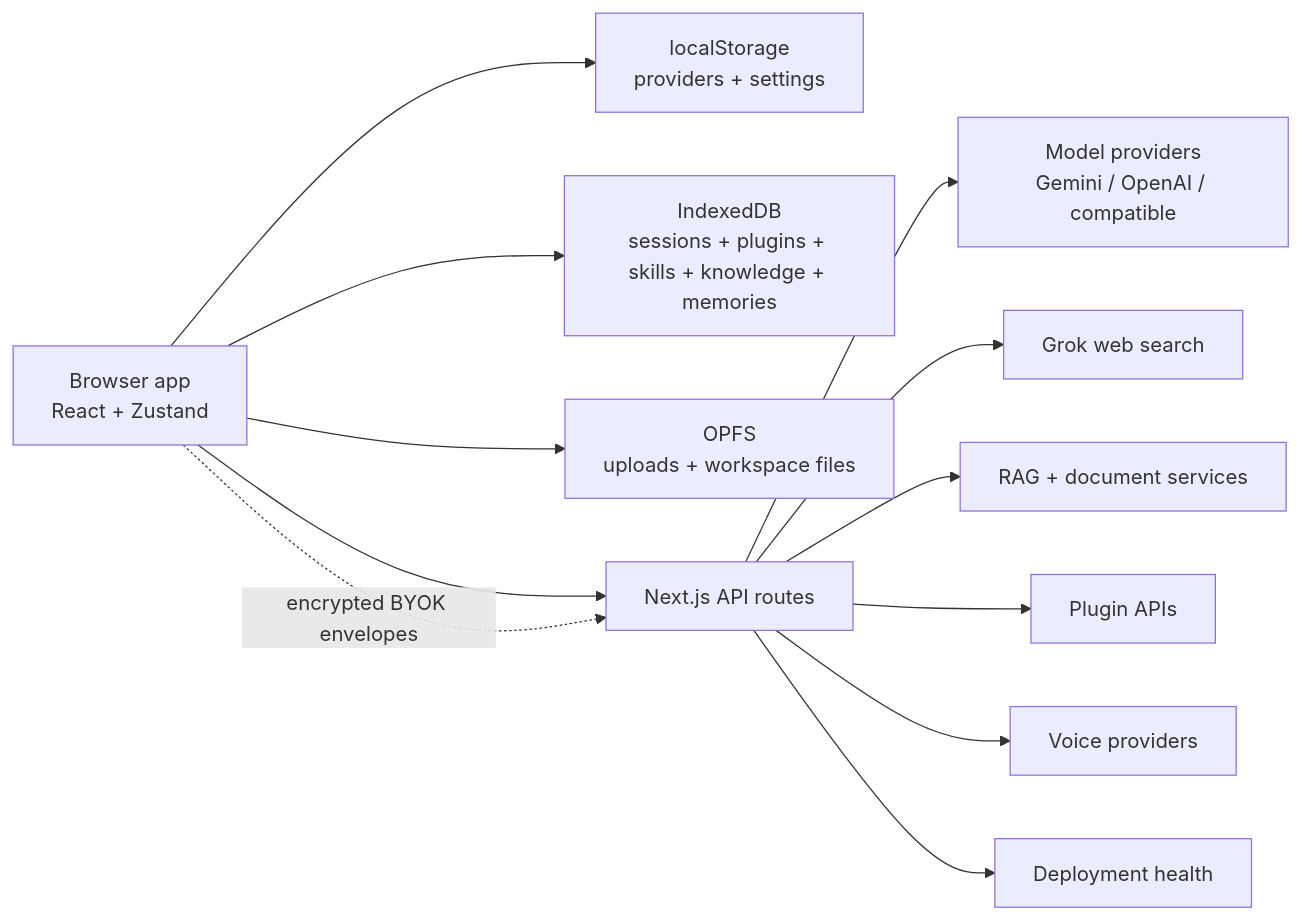
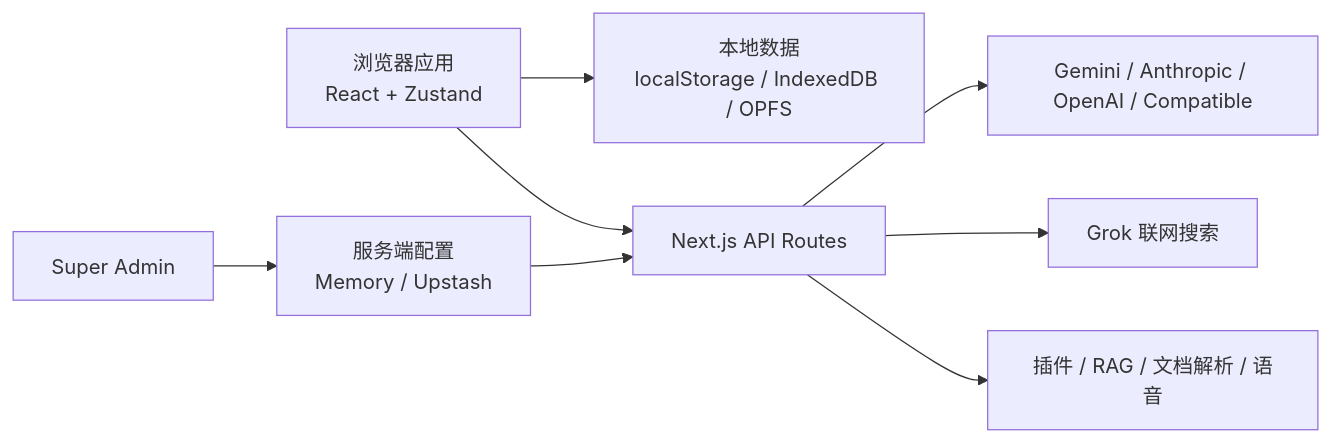
One commit to woqunid/neo-chat changed the diagram in README.md. Above: the diagram before and after it, drawn with Mermaid. The commit also changed other lines of this file, not shown here.

````diff
--- a/README.md
+++ b/README.md
@@ -322,14 +266,10 @@
 ```mermaid
 flowchart LR
-  Browser["Browser app\nReact + Zustand"] --> LocalStorage["localStorage\nproviders + settings"]
-  Browser --> IndexedDB["IndexedDB\nsessions + plugins + skills + knowledge + memories"]
-  Browser --> OPFS["OPFS\nuploads + workspace files"]
-  Browser --> ApiRoutes["Next.js API routes"]
-  ApiRoutes --> Providers["Model providers\nGemini / OpenAI / compatible"]
-  ApiRoutes --> Search["Grok web search"]
-  ApiRoutes --> Rag["RAG + document services"]
-  ApiRoutes --> Plugins["Plugin APIs"]
-  ApiRoutes --> Voice["Voice providers"]
-  ApiRoutes --> Health["Deployment health"]
-  Browser -. encrypted BYOK envelopes .-> ApiRoutes
+  Browser["浏览器应用<br/>React + Zustand"] --> Local["本地数据<br/>localStorage / IndexedDB / OPFS"]
+  Browser --> API["Next.js API Routes"]
+  Admin["Super Admin"] --> Config["服务端配置<br/>Memory / Upstash"]
+  Config --> API
+  API --> Models["Gemini / Anthropic / OpenAI / Compatible"]
+  API --> Grok["Grok 联网搜索"]
+  API --> Services["插件 / RAG / 文档解析 / 语音"]
 ```
````
